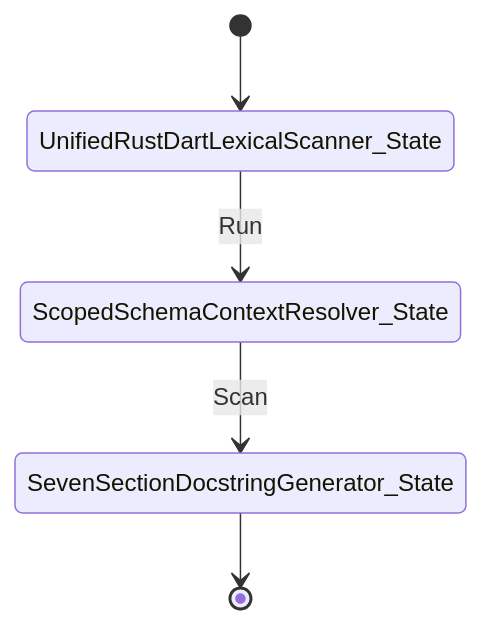
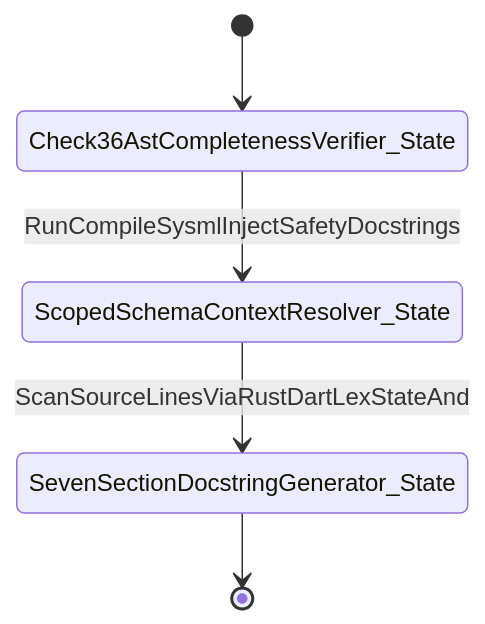
One commit to gintatkinson/DEAP01-spec-core changed the second of 2 diagrams in .pipeline/upstream/docs/epics/EPIC-05-BP_05_Unified_AST_Safety_Docstring_Synthesizer_and_Check_36_Verification_Blueprint.md. Above: the diagram before and after it, drawn with Mermaid. The commit also changed other lines of this file and 213 other files, not shown here.

````diff
--- a/.pipeline/upstream/docs/epics/EPIC-05-BP_05_Unified_AST_Safety_Docstring_Synthesizer_and_Check_36_Verification_Blueprint.md
+++ b/.pipeline/upstream/docs/epics/EPIC-05-BP_05_Unified_AST_Safety_Docstring_Synthesizer_and_Check_36_Verification_Blueprint.md
@@ -95,7 +84,7 @@
 ```mermaid
 stateDiagram-v2
-    [*] --> UnifiedRustDartLexicalScanner_State
-    UnifiedRustDartLexicalScanner_State --> ScopedSchemaContextResolver_State : Run
-    ScopedSchemaContextResolver_State --> SevenSectionDocstringGenerator_State : Scan
+    [*] --> Check36AstCompletenessVerifier_State
+    Check36AstCompletenessVerifier_State --> ScopedSchemaContextResolver_State : RunCompileSysmlInjectSafetyDocstrings
+    ScopedSchemaContextResolver_State --> SevenSectionDocstringGenerator_State : ScanSourceLinesViaRustDartLexStateAnd
     SevenSectionDocstringGenerator_State --> [*]
 ```
````
